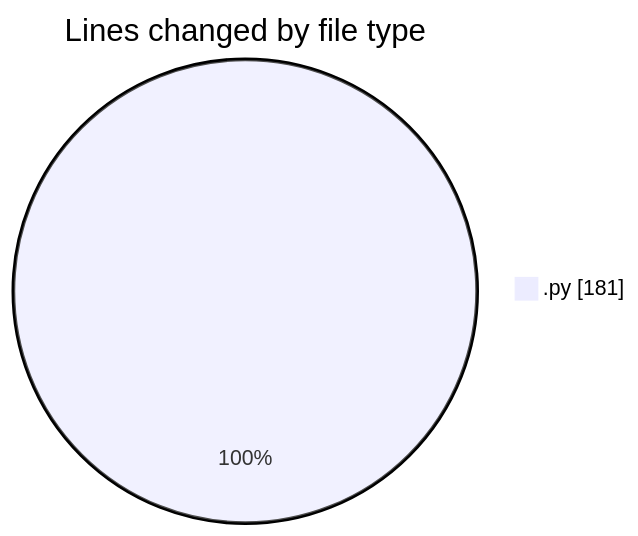
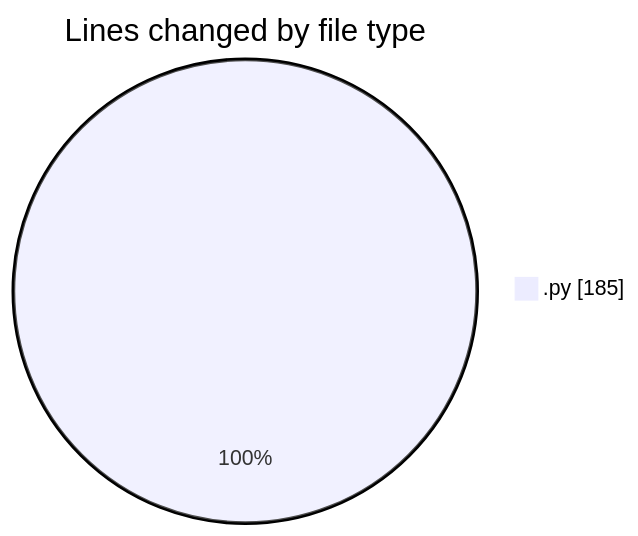
One commit to MatusMokan/code-tracking changed the first of 2 diagrams in 2025-10-25/untitled__workspace_/README.md. Above: the diagram before and after it, drawn with Mermaid. The commit also changed other lines of this file and 1 other file, not shown here.

````diff
--- a/2025-10-25/untitled__workspace_/README.md
+++ b/2025-10-25/untitled__workspace_/README.md
@@ -20,5 +20,5 @@
 ```mermaid
 pie showData
 title Lines changed by file type
-".py" : 181
+".py" : 185
 ```
````
